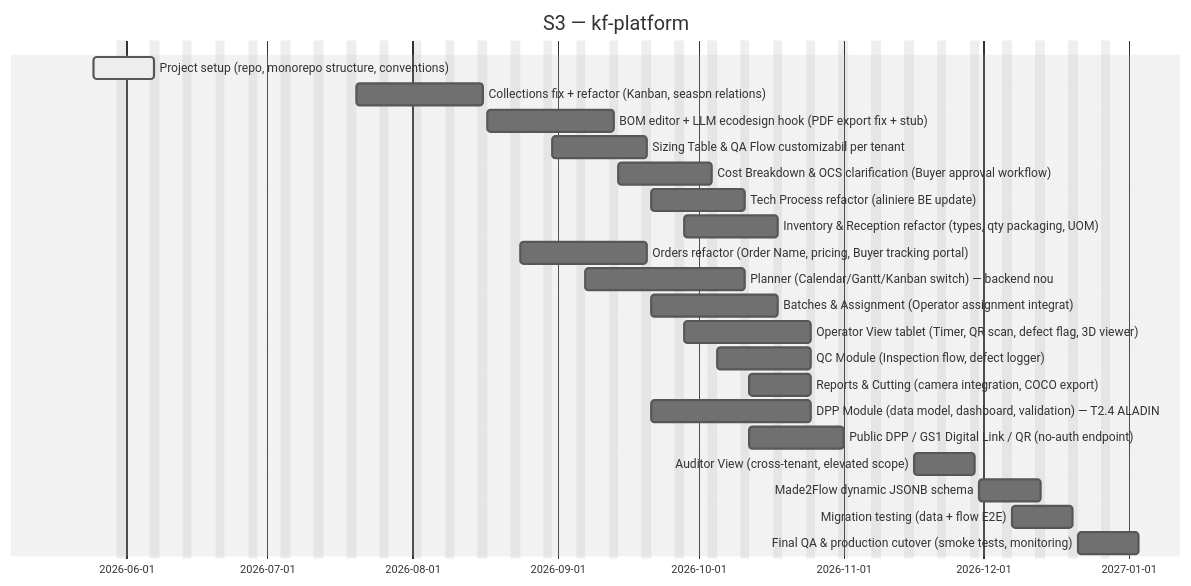
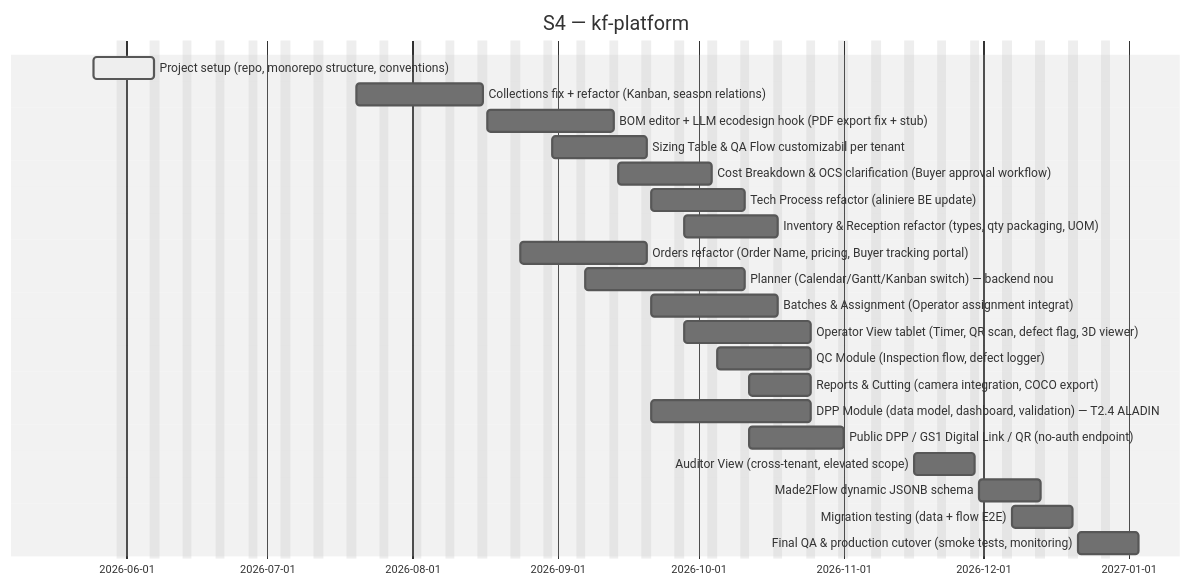
The second of 3 diagrams in docs/_projects/kf-platform.md (Katty-Fashion/kf-cpto), drawn with Mermaid (neutral theme) before and after one commit. The commit also changed other lines of this file and 11 other files, not shown here.

````diff
--- a/docs/_projects/kf-platform.md
+++ b/docs/_projects/kf-platform.md
@@ -96,26 +96,26 @@
 ```mermaid
 gantt
-    title S3 — kf-platform
+    title S4 — kf-platform
     dateFormat YYYY-MM-DD
     excludes weekends
 
     Project setup (repo, monorepo structure, conventions) :active, 2026-05-25, 2026-06-07
     Collections fix + refactor (Kanban, season relations) :2026-07-20, 2026-08-16
     BOM editor + LLM ecodesign hook (PDF export fix + stub) :2026-08-17, 2026-09-13
     Sizing Table & QA Flow customizabil per tenant :2026-08-31, 2026-09-20
     Cost Breakdown & OCS clarification (Buyer approval workflow) :2026-09-14, 2026-10-04
     Tech Process refactor (aliniere BE update) :2026-09-21, 2026-10-11
     Inventory & Reception refactor (types, qty packaging, UOM) :2026-09-28, 2026-10-18
     Orders refactor (Order Name, pricing, Buyer tracking portal) :2026-08-24, 2026-09-20
     Planner (Calendar/Gantt/Kanban switch) — backend nou :2026-09-07, 2026-10-11
     Batches & Assignment (Operator assignment integrat) :2026-09-21, 2026-10-18
     Operator View tablet (Timer, QR scan, defect flag, 3D viewer) :2026-09-28, 2026-10-25
     QC Module (Inspection flow, defect logger) :2026-10-05, 2026-10-25
     Reports & Cutting (camera integration, COCO export) :2026-10-12, 2026-10-25
     DPP Module (data model, dashboard, validation) — T2.4 ALADIN :2026-09-21, 2026-10-25
     Public DPP / GS1 Digital Link / QR (no-auth endpoint) :2026-10-12, 2026-11-01
     Auditor View (cross-tenant, elevated scope) :2026-11-16, 2026-11-29
     Made2Flow dynamic JSONB schema :2026-11-30, 2026-12-13
     Migration testing (data + flow E2E) :2026-12-07, 2026-12-20
     Final QA & production cutover (smoke tests, monitoring) :2026-12-21, 2027-01-03
 ```
````
